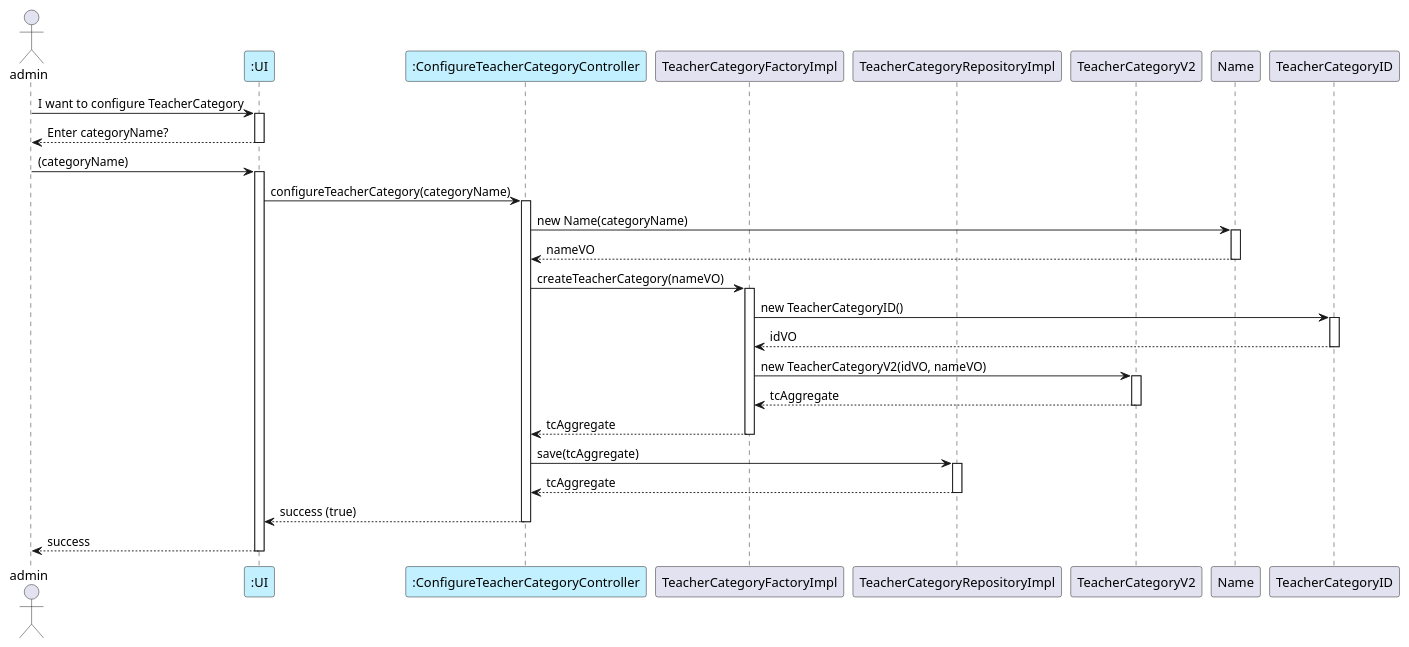
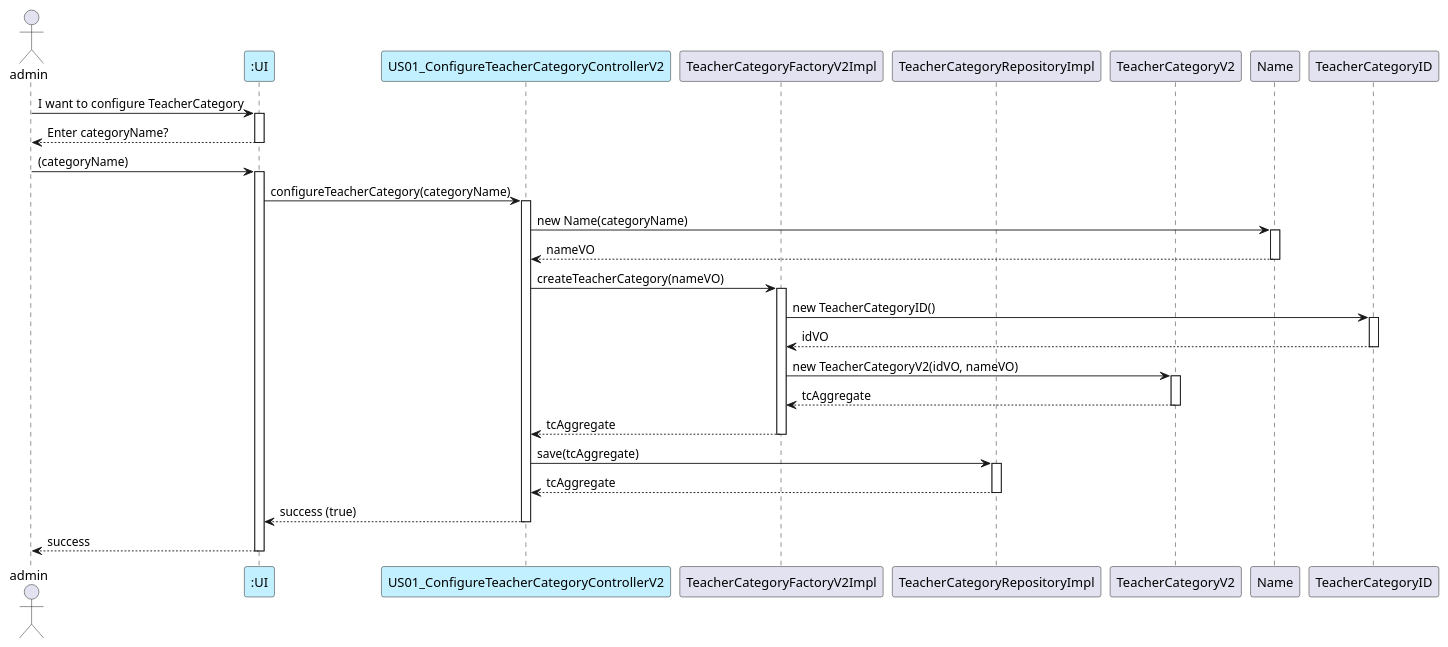
Before and after one commit to GasparISEP/DevOps-PAI: the diagram in docs/US01/US01_ConfigureTeacherCategoriesInSystem_SequenceDiagramDDD.puml, drawn with PlantUML.

Commit message:
US01 corrections in SSD (#57)

```diff
--- a/docs/US01/US01_ConfigureTeacherCategoriesInSystem_SequenceDiagramDDD.puml
+++ b/docs/US01/US01_ConfigureTeacherCategoriesInSystem_SequenceDiagramDDD.puml
@@ -1,43 +1,43 @@
 @startuml
 
 actor admin
 
 participant ":UI" as UI #application
-participant ":ConfigureTeacherCategoryController" as Controller #application
-participant "TeacherCategoryFactoryImpl" as Factory
+participant "US01_ConfigureTeacherCategoryControllerV2" as Controller #application
+participant "TeacherCategoryFactoryV2Impl" as Factory
 participant "TeacherCategoryRepositoryImpl" as Repository
 participant "TeacherCategoryV2" as Aggregate
 participant "Name" as VOName
 participant "TeacherCategoryID" as VOId
 
 ' Step 1: Admin interacts with UI
 admin -> UI ++ : I want to configure TeacherCategory
 UI --> admin -- : Enter categoryName?
 
 admin -> UI ++ : (categoryName)
 UI -> Controller ++ : configureTeacherCategory(categoryName)
 
 ' Step 2: Controller creates Name VO and delegates to Factory
 Controller -> VOName ++ : new Name(categoryName)
 VOName --> Controller -- : nameVO
 
 Controller -> Factory ++ : createTeacherCategory(nameVO)
 
 ' Step 3: Factory creates ID and Aggregate
 Factory -> VOId ++ : new TeacherCategoryID()
 VOId --> Factory -- : idVO
 
 Factory -> Aggregate ++ : new TeacherCategoryV2(idVO, nameVO)
 Aggregate --> Factory -- : tcAggregate
 
 Factory --> Controller -- : tcAggregate
 
 ' Step 4: Controller persists aggregate through repository
 Controller -> Repository ++ : save(tcAggregate)
 Repository --> Controller -- : tcAggregate
 
 ' Step 5: Return to UI and admin
 Controller --> UI -- : success (true)
 UI --> admin -- : success
 
 @enduml
```
